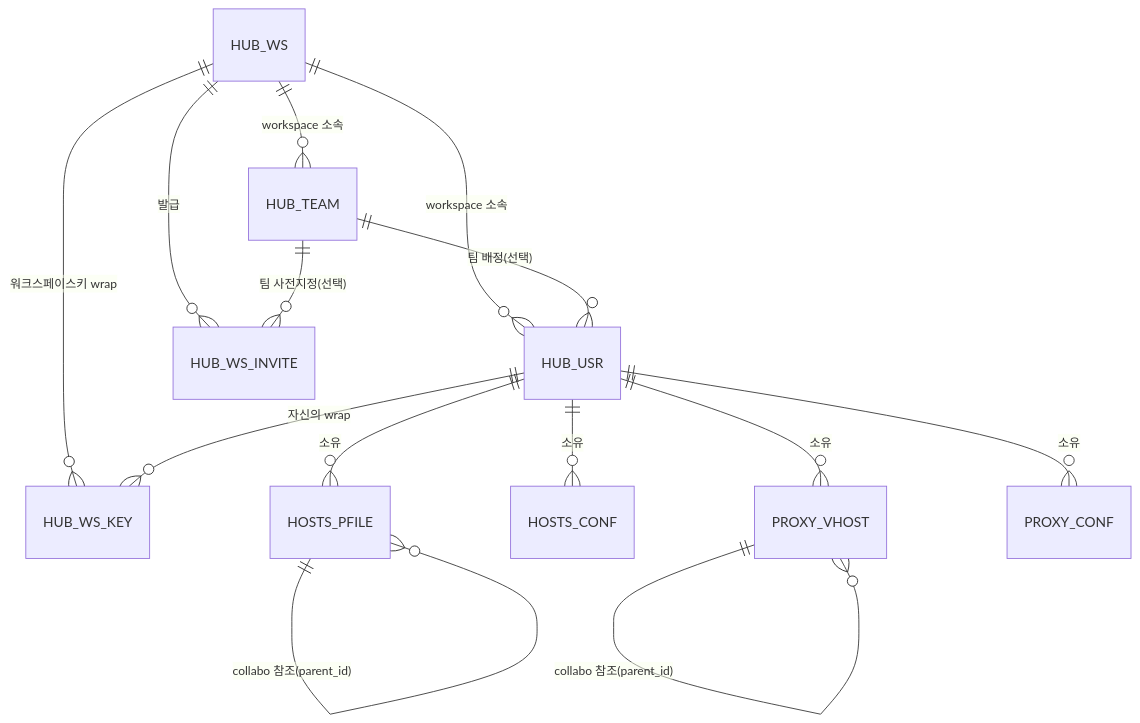
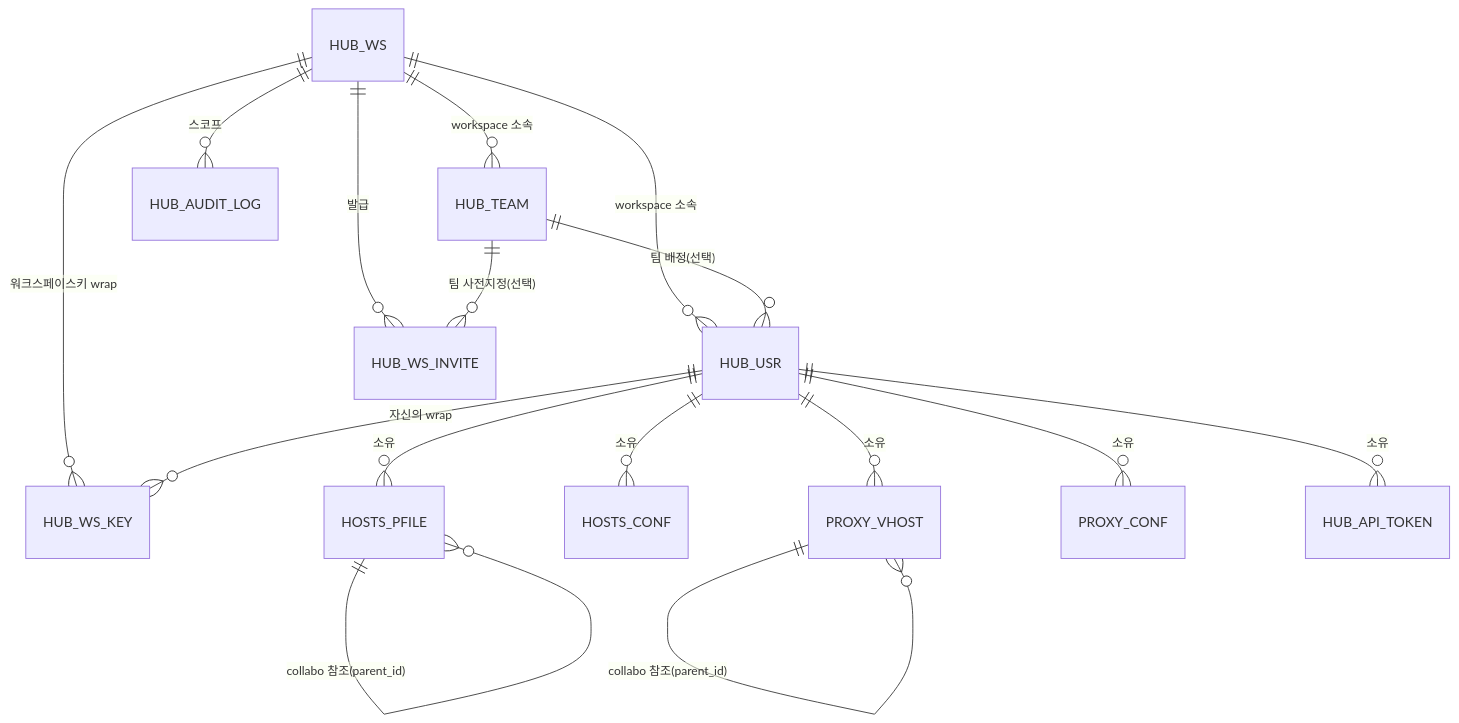
The diagram in docs/07-database-schema.md (tricatch/oeHub), drawn with Mermaid before and after one commit. The commit also changed other lines of this file and 3 other files, not shown here.

First line of the commit message:
Add API reference doc, catch up db-schema doc, update CHANGELOG for 0.9.5

````diff
--- a/docs/07-database-schema.md
+++ b/docs/07-database-schema.md
@@ -13,16 +13,18 @@
 ```mermaid
 erDiagram
     HUB_WS ||--o{ HUB_TEAM : "workspace 소속"
     HUB_WS ||--o{ HUB_USR : "workspace 소속"
     HUB_WS ||--o{ HUB_WS_INVITE : 발급
     HUB_WS ||--o{ HUB_WS_KEY : "워크스페이스키 wrap"
     HUB_TEAM ||--o{ HUB_USR : "팀 배정(선택)"
     HUB_TEAM ||--o{ HUB_WS_INVITE : "팀 사전지정(선택)"
     HUB_USR ||--o{ HUB_WS_KEY : "자신의 wrap"
     HUB_USR ||--o{ HOSTS_PFILE : 소유
     HUB_USR ||--o{ HOSTS_CONF : 소유
     HUB_USR ||--o{ PROXY_VHOST : 소유
     HUB_USR ||--o{ PROXY_CONF : 소유
+    HUB_USR ||--o{ HUB_API_TOKEN : 소유
+    HUB_WS ||--o{ HUB_AUDIT_LOG : "스코프"
     HOSTS_PFILE ||--o{ HOSTS_PFILE : "collabo 참조(parent_id)"
     PROXY_VHOST ||--o{ PROXY_VHOST : "collabo 참조(parent_id)"
 ```
````
